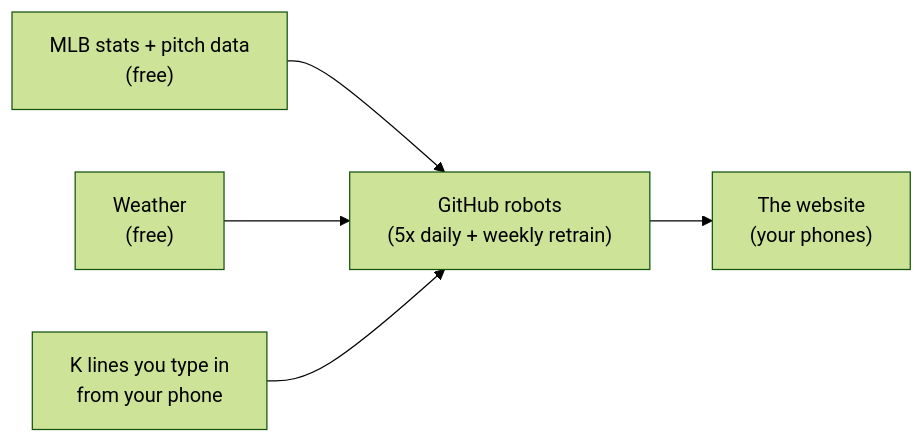
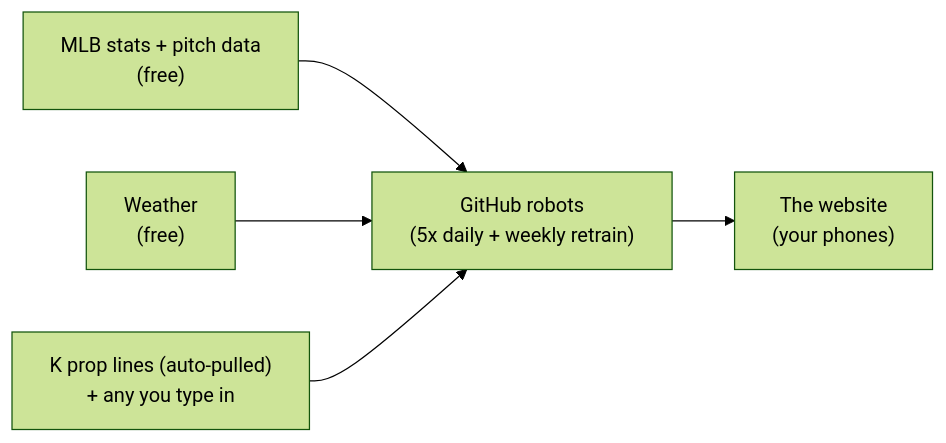
The diagram in README.md (akillam1/mlb-k-projection), drawn with Mermaid (forest theme) before and after one commit. The commit also changed other lines of this file and 8 other files, not shown here.

````diff
--- a/README.md
+++ b/README.md
@@ -31,7 +32,7 @@
 ```mermaid
 flowchart LR
     A["MLB stats + pitch data<br/>(free)"] --> C
     B["Weather<br/>(free)"] --> C
-    L["K lines you type in<br/>from your phone"] --> C
+    L["K prop lines (auto-pulled)<br/>+ any you type in"] --> C
     C["GitHub robots<br/>(5x daily + weekly retrain)"] --> F["The website<br/>(your phones)"]
 ```
````
